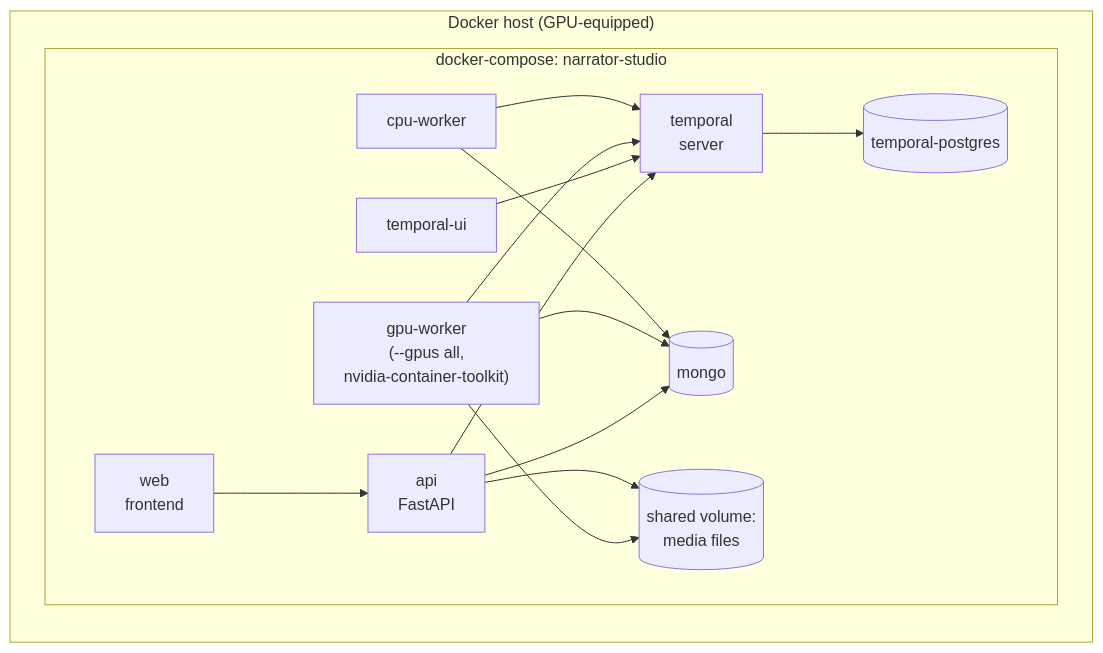
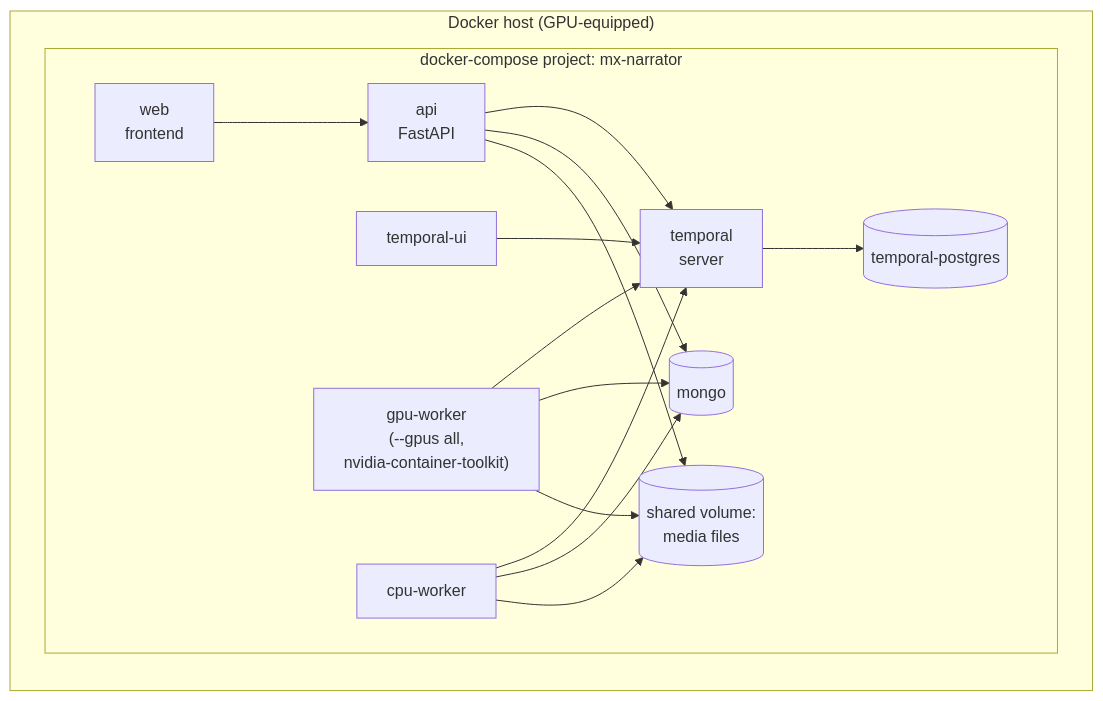
One commit to geosp/mx-narrator changed the second of 7 diagrams in docs/rfc-narrator-studio.md. Above: the diagram before and after it, drawn with Mermaid. The commit also changed other lines of this file, not shown here.

````diff
--- a/docs/rfc-narrator-studio.md
+++ b/docs/rfc-narrator-studio.md
@@ -113,27 +142,28 @@
 ```mermaid
 graph LR
     subgraph "Docker host (GPU-equipped)"
-        subgraph "docker-compose: narrator-studio"
+        subgraph "docker-compose project: mx-narrator"
             web[web<br/>frontend]
             api[api<br/>FastAPI]
             temporal[temporal<br/>server]
             temporalui[temporal-ui]
             temporaldb[(temporal-postgres)]
             mongo[(mongo)]
             gpuworker["gpu-worker<br/>(--gpus all,<br/>nvidia-container-toolkit)"]
             cpuworker[cpu-worker]
             vol[("shared volume:<br/>media files")]
         end
     end
     web --> api
     api --> temporal
     api --> mongo
     temporal --> temporaldb
     temporalui --> temporal
     gpuworker --> temporal
     cpuworker --> temporal
     gpuworker --> mongo
     cpuworker --> mongo
     gpuworker --> vol
+    cpuworker --> vol
     api --> vol
 ```
````
